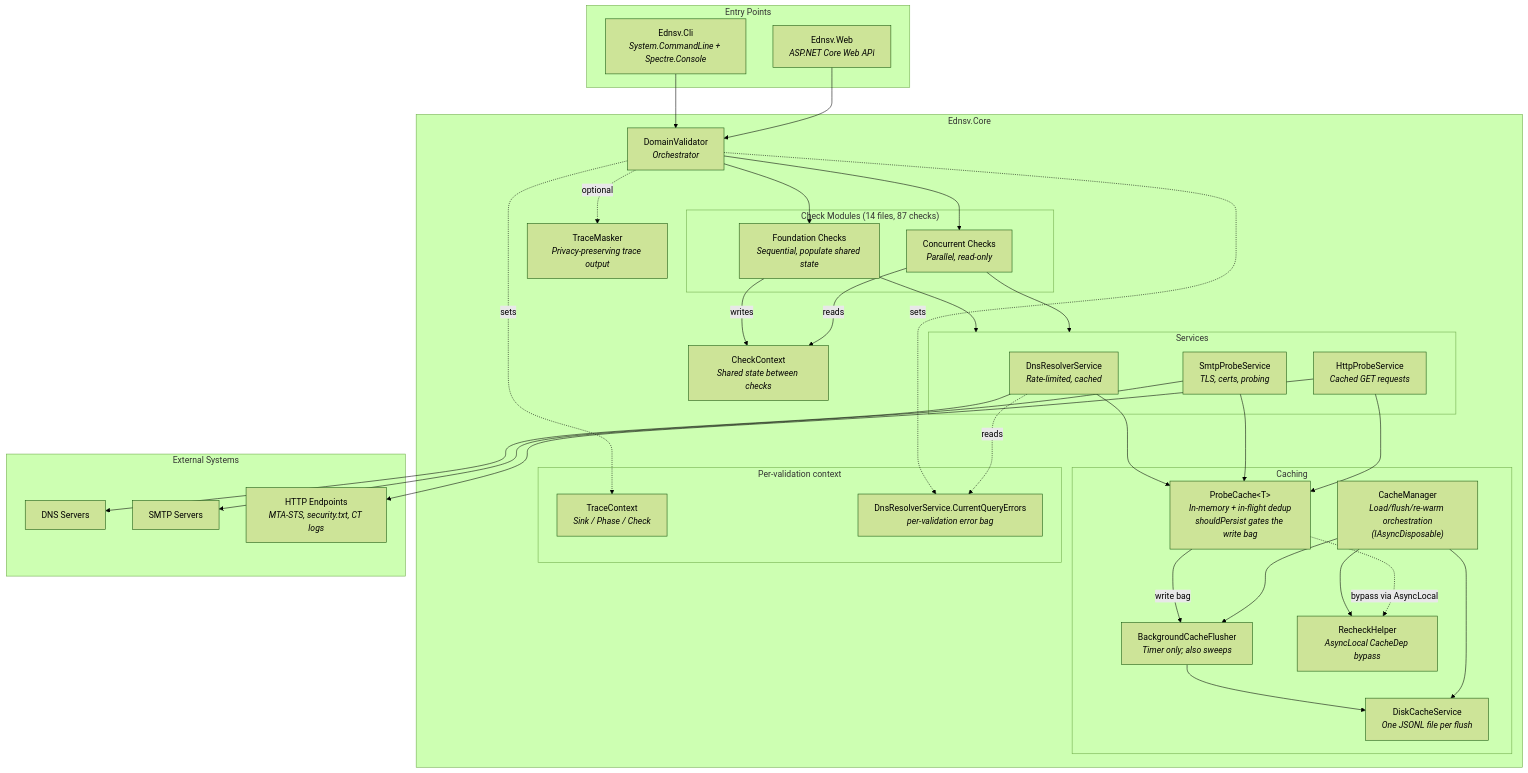
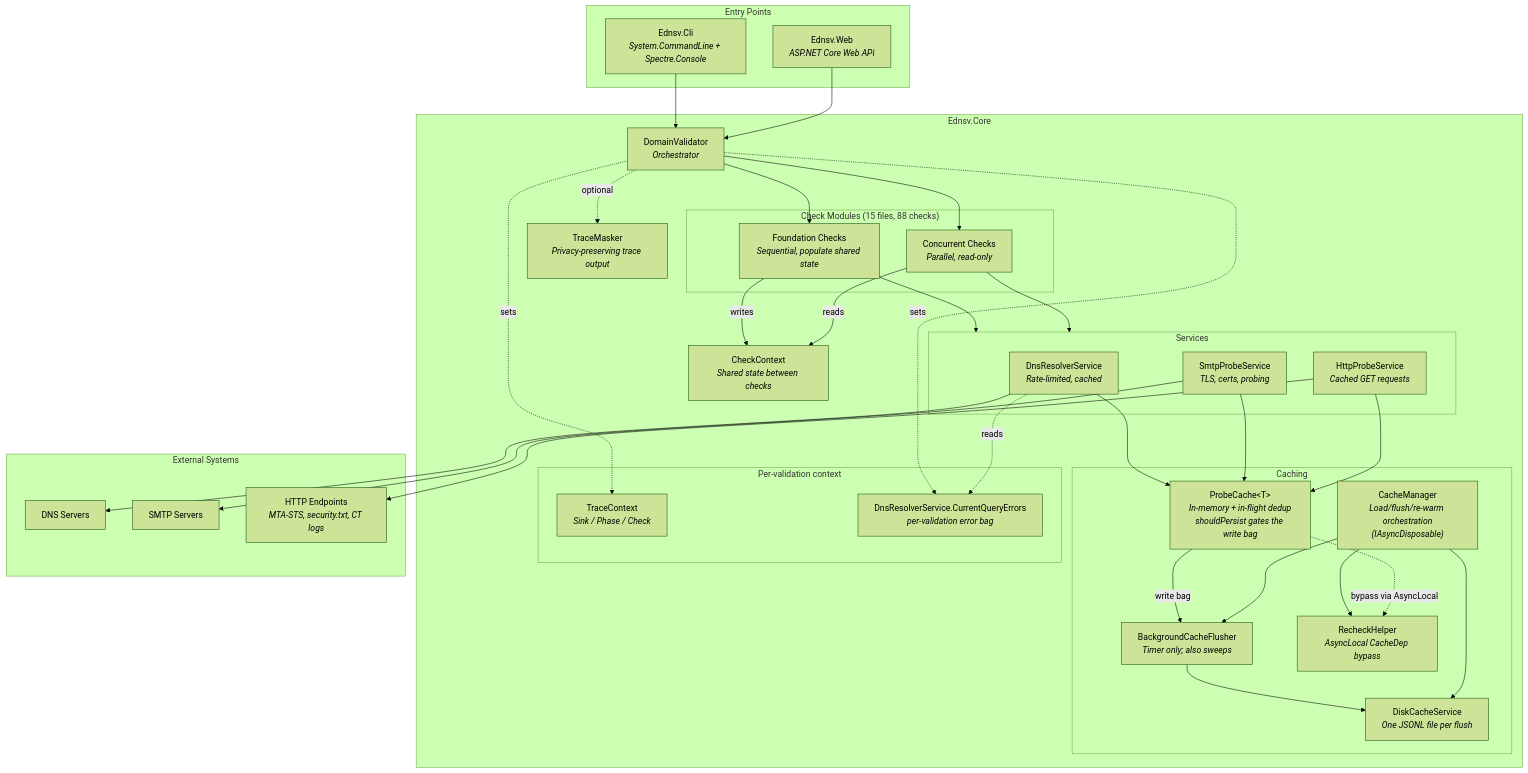
Before and after one commit to pkinerd/ednsv: the diagram in docs/architecture.md, drawn with Mermaid (forest theme). The commit also changed other lines of this file and 10 other files, not shown here.

````diff
--- a/docs/architecture.md
+++ b/docs/architecture.md
@@ -7,70 +7,70 @@
 ```mermaid
 graph TD
     subgraph Entry Points
         CLI["Ednsv.Cli<br/><i>System.CommandLine + Spectre.Console</i>"]
         WEB["Ednsv.Web<br/><i>ASP.NET Core Web API</i>"]
     end
 
     subgraph "Ednsv.Core"
         DV["DomainValidator<br/><i>Orchestrator</i>"]
 
-        subgraph Checks["Check Modules (14 files, 87 checks)"]
+        subgraph Checks["Check Modules (15 files, 88 checks)"]
             FC["Foundation Checks<br/><i>Sequential, populate shared state</i>"]
             CC["Concurrent Checks<br/><i>Parallel, read-only</i>"]
         end
 
         CTX["CheckContext<br/><i>Shared state between checks</i>"]
 
         subgraph Services
             DNS["DnsResolverService<br/><i>Rate-limited, cached</i>"]
             SMTP["SmtpProbeService<br/><i>TLS, certs, probing</i>"]
             HTTP["HttpProbeService<br/><i>Cached GET requests</i>"]
         end
 
         subgraph Caching
             PC["ProbeCache&lt;T&gt;<br/><i>In-memory + in-flight dedup<br/>shouldPersist gates the write bag</i>"]
             DISK["DiskCacheService<br/><i>One JSONL file per flush</i>"]
             FLUSH["BackgroundCacheFlusher<br/><i>Timer only; also sweeps</i>"]
             CM["CacheManager<br/><i>Load/flush/re-warm orchestration<br/>(IAsyncDisposable)</i>"]
             RH["RecheckHelper<br/><i>AsyncLocal CacheDep bypass</i>"]
         end
 
         subgraph Async["Per-validation context"]
             TC["TraceContext<br/><i>Sink / Phase / Check</i>"]
             CQE["DnsResolverService.CurrentQueryErrors<br/><i>per-validation error bag</i>"]
         end
 
         TM["TraceMasker<br/><i>Privacy-preserving trace output</i>"]
     end
 
     subgraph External["External Systems"]
         DNSSRV["DNS Servers"]
         SMTPSRV["SMTP Servers"]
         HTTPSRV["HTTP Endpoints<br/><i>MTA-STS, security.txt, CT logs</i>"]
     end
 
     CLI --> DV
     WEB --> DV
     DV --> FC
     DV --> CC
     FC -->|writes| CTX
     CC -->|reads| CTX
     FC --> Services
     CC --> Services
     DNS --> PC
     SMTP --> PC
     HTTP --> PC
     PC -->|write bag| FLUSH
     FLUSH --> DISK
     CM --> FLUSH
     CM --> DISK
     CM --> RH
     PC -.->|bypass via AsyncLocal| RH
     DV -.->|sets| TC
     DV -.->|sets| CQE
     DNS -.->|reads| CQE
     DNS --> DNSSRV
     SMTP --> SMTPSRV
     HTTP --> HTTPSRV
     DV -.->|optional| TM
 ```
````
